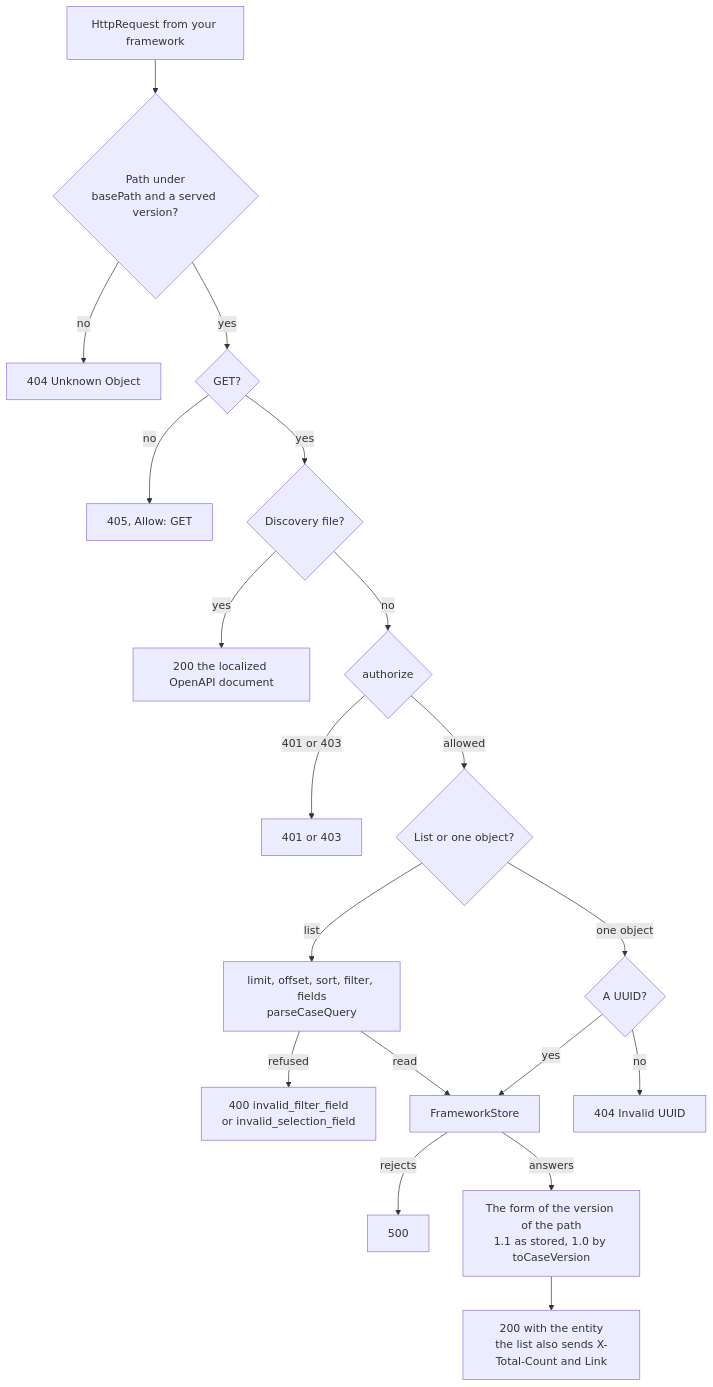
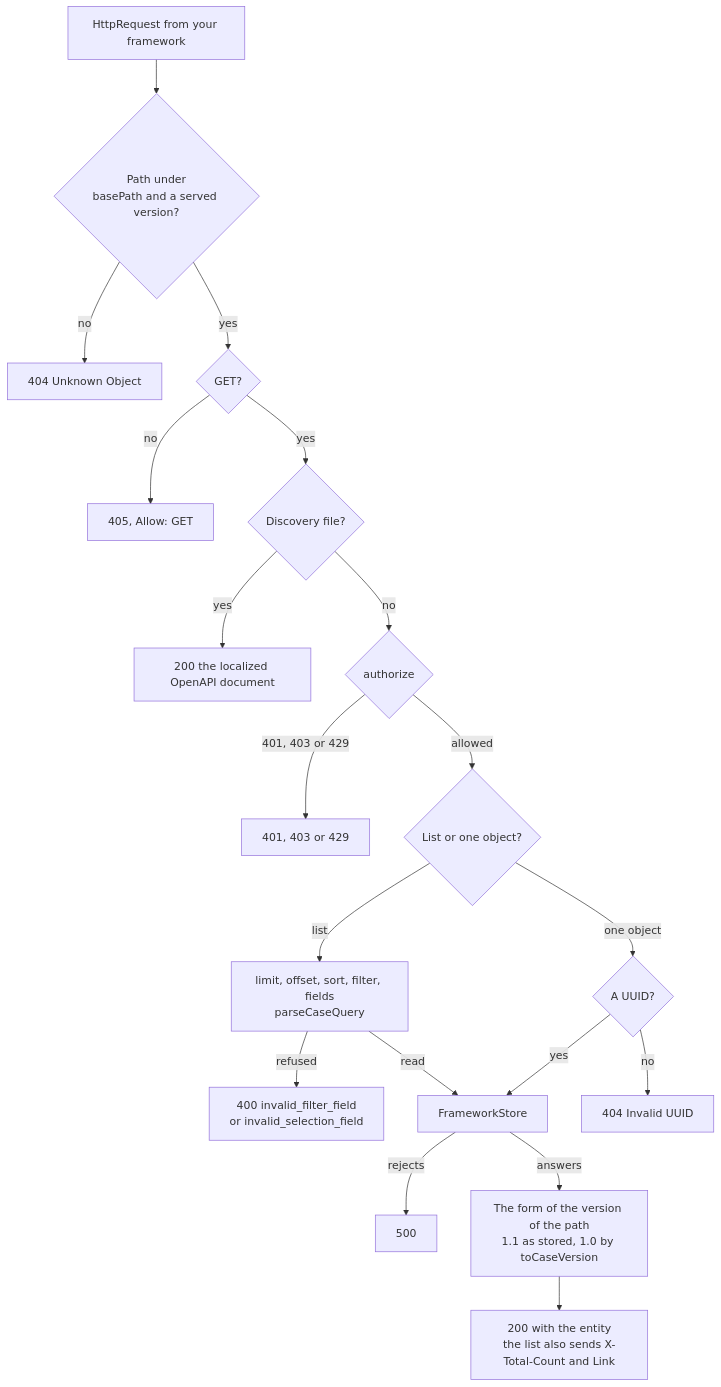
One commit to interopkit/interopkit changed the first of 3 diagrams in docs/competency-frameworks/provider.md. Above: the diagram before and after it, drawn with Mermaid. The commit also changed other lines of this file and 6 other files, not shown here.

````diff
--- a/docs/competency-frameworks/provider.md
+++ b/docs/competency-frameworks/provider.md
@@ -7,21 +7,21 @@
 ```mermaid
 flowchart TD
   request["HttpRequest from your framework"] --> route{"Path under<br/>basePath and a served version?"}
   route -->|"no"| unknown["404 Unknown Object"]
   route -->|"yes"| method{"GET?"}
   method -->|"no"| notAllowed["405, Allow: GET"]
   method -->|"yes"| disc{"Discovery file?"}
   disc -->|"yes"| file["200 the localized OpenAPI document"]
   disc -->|"no"| authorize{"authorize"}
-  authorize -->|"401 or 403"| refused["401 or 403"]
+  authorize -->|"401, 403 or 429"| refused["401, 403 or 429"]
   authorize -->|"allowed"| kind{"List or one object?"}
   kind -->|"list"| query["limit, offset, sort, filter, fields<br/>parseCaseQuery"]
   query -->|"refused"| bad["400 invalid_filter_field<br/>or invalid_selection_field"]
   query -->|"read"| store["FrameworkStore"]
   kind -->|"one object"| uuid{"A UUID?"}
   uuid -->|"no"| invalid["404 Invalid UUID"]
   uuid -->|"yes"| store
   store -->|"rejects"| failed["500"]
   store -->|"answers"| version["The form of the version of the path<br/>1.1 as stored, 1.0 by toCaseVersion"]
   version --> ok["200 with the entity<br/>the list also sends X-Total-Count and Link"]
 ```
````
